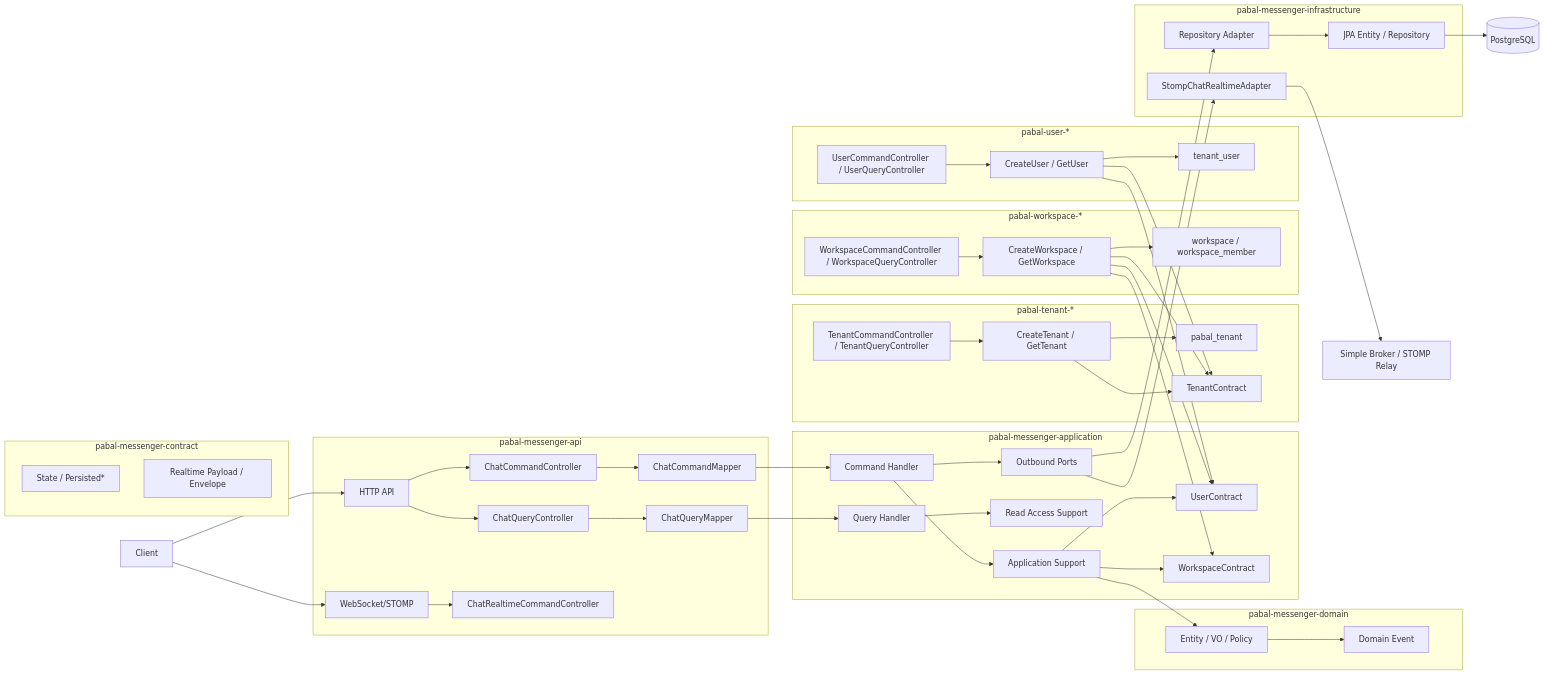
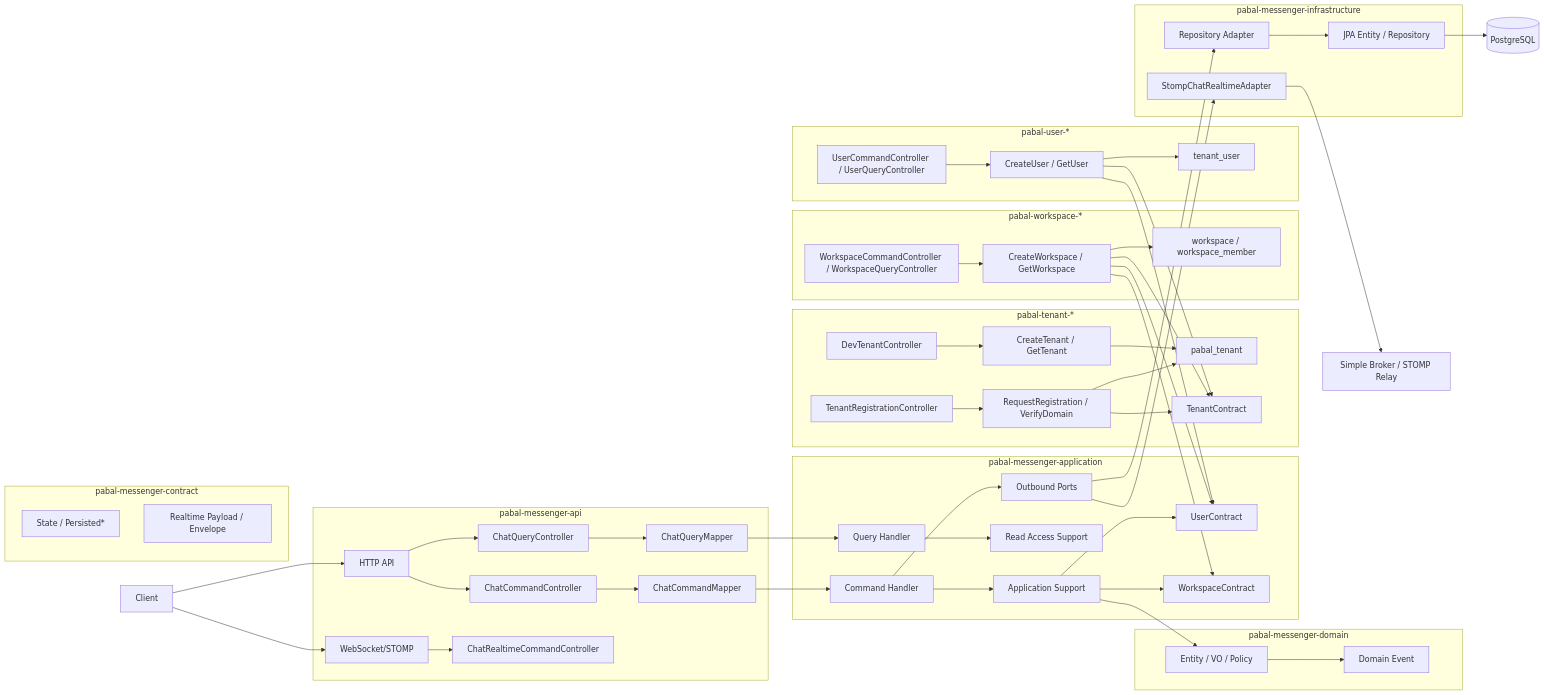
The diagram in docs/architecture/overview.md (woojun-k/pabal), drawn with Mermaid before and after one commit. The commit also changed 88 other files, not shown here.

````diff
--- a/docs/architecture/overview.md
+++ b/docs/architecture/overview.md
@@ -42,63 +42,65 @@
 ```mermaid
 flowchart LR
     client["Client"] --> http["HTTP API"]
     client --> ws["WebSocket/STOMP"]
 
     subgraph API["pabal-messenger-api"]
         http --> commandController["ChatCommandController"]
         http --> queryController["ChatQueryController"]
         ws --> realtimeController["ChatRealtimeCommandController"]
         commandController --> commandMapper["ChatCommandMapper"]
         queryController --> queryMapper["ChatQueryMapper"]
     end
 
     subgraph APP["pabal-messenger-application"]
         commandMapper --> commandHandler["Command Handler"]
         queryMapper --> queryHandler["Query Handler"]
         commandHandler --> support["Application Support"]
         queryHandler --> readSupport["Read Access Support"]
         commandHandler --> ports["Outbound Ports"]
         support --> userContract["UserContract"]
         support --> workspaceContract["WorkspaceContract"]
     end
 
     subgraph TENANT["pabal-tenant-*"]
-        tenantApi["TenantCommandController / TenantQueryController"] --> tenantApp["CreateTenant / GetTenant"]
+        tenantApi["TenantRegistrationController"] --> tenantApp["RequestRegistration / VerifyDomain"]
+        tenantDevApi["DevTenantController"] --> tenantDevApp["CreateTenant / GetTenant"]
         tenantApp --> tenantTable["pabal_tenant"]
+        tenantDevApp --> tenantTable
         tenantApp --> tenantContract["TenantContract"]
     end
 
     subgraph WORKSPACE["pabal-workspace-*"]
         workspaceApi["WorkspaceCommandController / WorkspaceQueryController"] --> workspaceApp["CreateWorkspace / GetWorkspace"]
         workspaceApp --> workspaceTables["workspace / workspace_member"]
         workspaceApp --> workspaceContract
         workspaceApp --> tenantContract
         workspaceApp --> userContract
     end
 
     subgraph USER["pabal-user-*"]
         userApi["UserCommandController / UserQueryController"] --> userApp["CreateUser / GetUser"]
         userApp --> tenantUser["tenant_user"]
         userApp --> userContract
         userApp --> tenantContract
     end
 
     subgraph DOMAIN["pabal-messenger-domain"]
         support --> model["Entity / VO / Policy"]
         model --> events["Domain Event"]
     end
 
     subgraph CONTRACT["pabal-messenger-contract"]
         state["State / Persisted*"]
         realtime["Realtime Payload / Envelope"]
     end
 
     subgraph INFRA["pabal-messenger-infrastructure"]
         ports --> repoAdapter["Repository Adapter"]
         repoAdapter --> jpa["JPA Entity / Repository"]
         ports --> stomp["StompChatRealtimeAdapter"]
     end
 
     jpa --> db[(PostgreSQL)]
     stomp --> broker["Simple Broker / STOMP Relay"]
 ```
````
